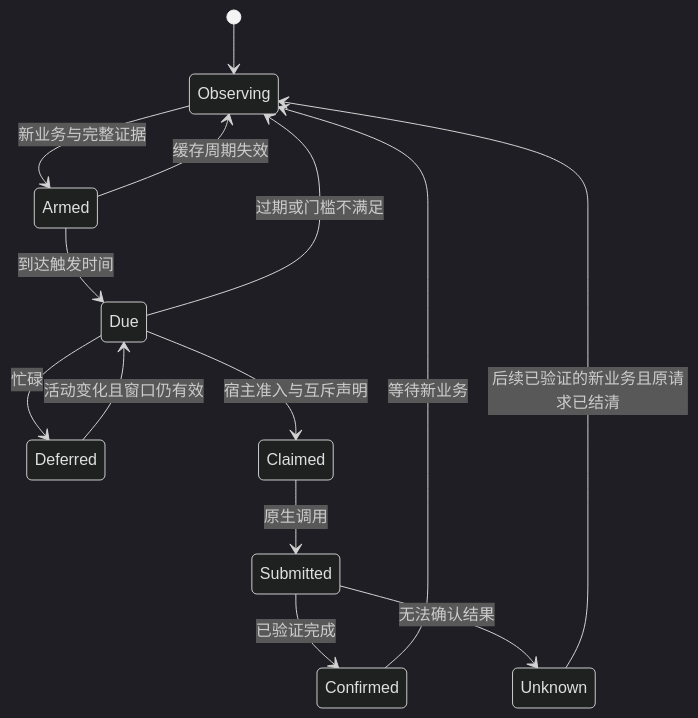
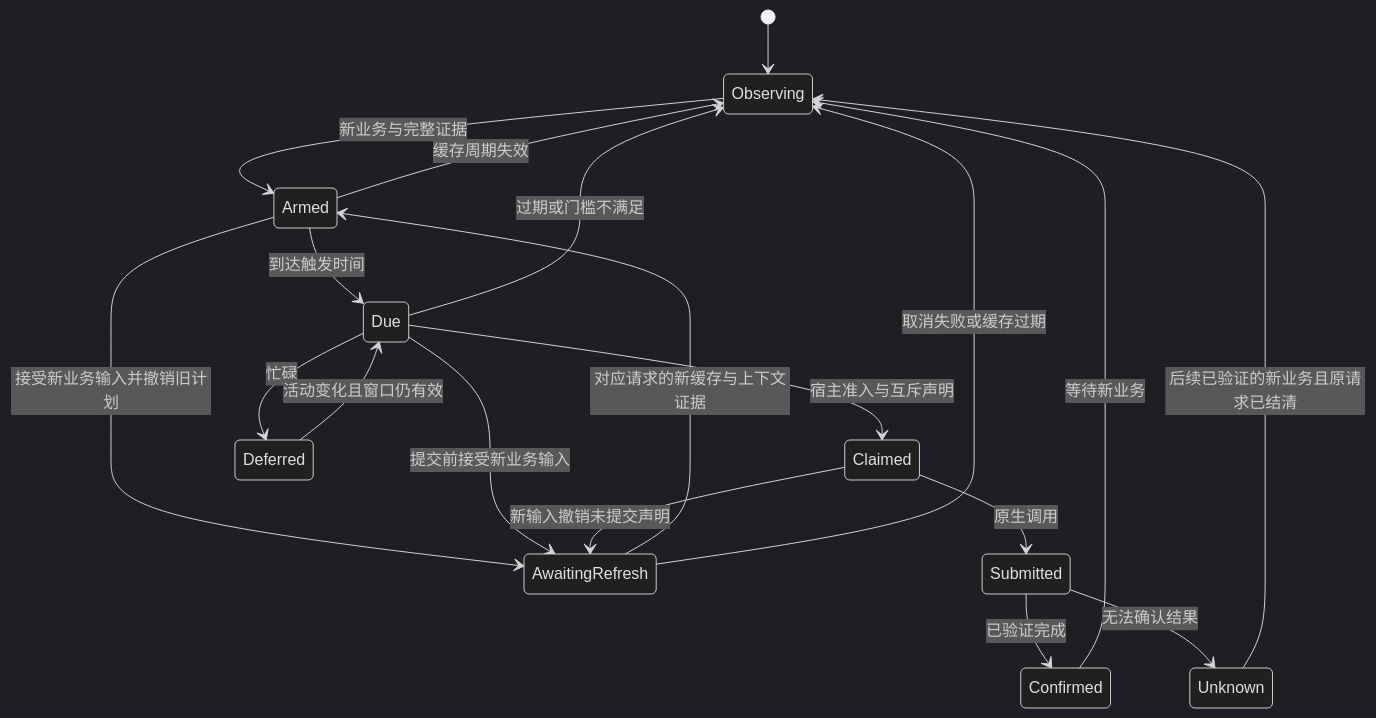
One commit to monadrome/omha changed the second of 2 diagrams in docs/auto-compact-design.md. Above: the diagram before and after it, drawn with Mermaid (dark theme). The commit also changed other lines of this file and 1 other file, not shown here.

````diff
--- a/docs/auto-compact-design.md
+++ b/docs/auto-compact-design.md
@@ -244,16 +278,21 @@
 ```mermaid
 stateDiagram-v2
     [*] --> Observing
     Observing --> Armed: 新业务与完整证据
+    Armed --> AwaitingRefresh: 接受新业务输入并撤销旧计划
+    Due --> AwaitingRefresh: 提交前接受新业务输入
+    Claimed --> AwaitingRefresh: 新输入撤销未提交声明
+    AwaitingRefresh --> Armed: 对应请求的新缓存与上下文证据
+    AwaitingRefresh --> Observing: 取消失败或缓存过期
     Armed --> Due: 到达触发时间
     Due --> Deferred: 忙碌
     Deferred --> Due: 活动变化且窗口仍有效
     Due --> Claimed: 宿主准入与互斥声明
     Claimed --> Submitted: 原生调用
     Submitted --> Confirmed: 已验证完成
     Submitted --> Unknown: 无法确认结果
     Confirmed --> Observing: 等待新业务
     Unknown --> Observing: 后续已验证的新业务且原请求已结清
     Armed --> Observing: 缓存周期失效
     Due --> Observing: 过期或门槛不满足
 ```
````
